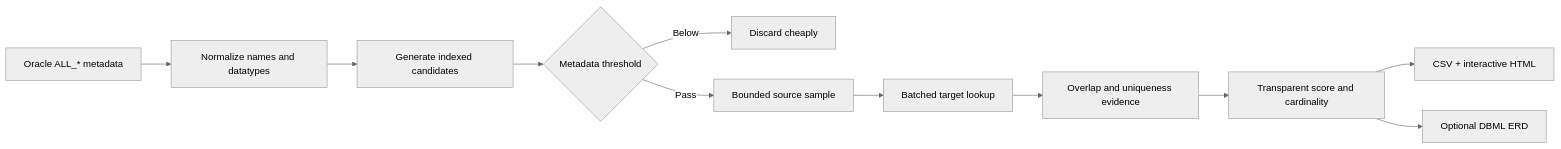
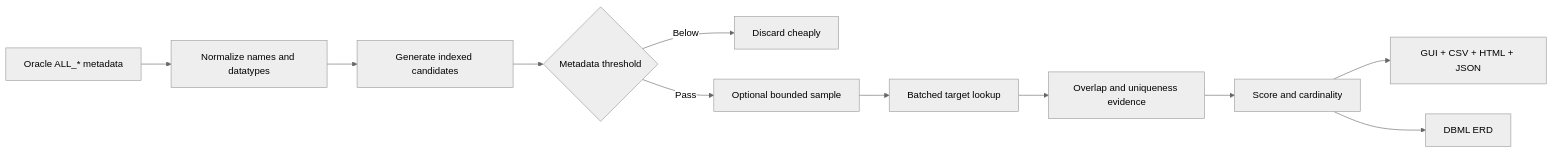
Before and after one commit to mahdiyazdi83/relifinder: the diagram in README.md, drawn with Mermaid (neutral theme). The commit also changed other lines of this file and 76 other files, not shown here.

````diff
--- a/README.md
+++ b/README.md
@@ -56,13 +133,13 @@
 ```mermaid
 flowchart LR
     A[Oracle ALL_* metadata] --> B[Normalize names and datatypes]
     B --> C[Generate indexed candidates]
     C --> D{Metadata threshold}
     D -->|Below| E[Discard cheaply]
-    D -->|Pass| F[Bounded source sample]
+    D -->|Pass| F[Optional bounded sample]
     F --> G[Batched target lookup]
     G --> H[Overlap and uniqueness evidence]
-    H --> I[Transparent score and cardinality]
-    I --> J[CSV + interactive HTML]
-    I --> K[Optional DBML ERD]
+    H --> I[Score and cardinality]
+    I --> J[GUI + CSV + HTML + JSON]
+    I --> K[DBML ERD]
 ```
````
